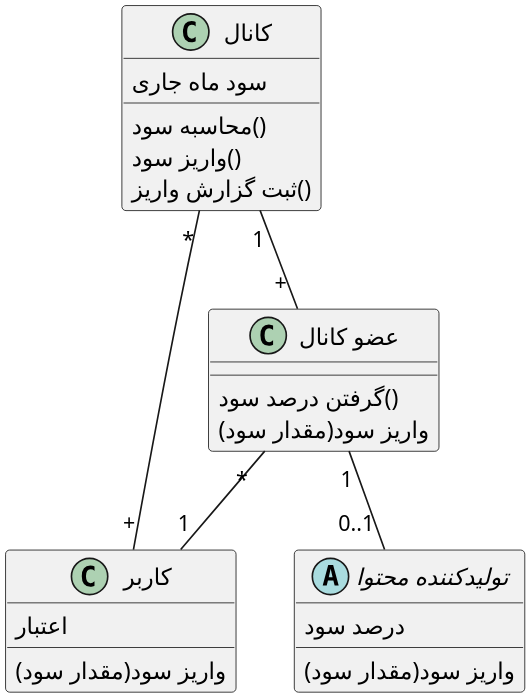
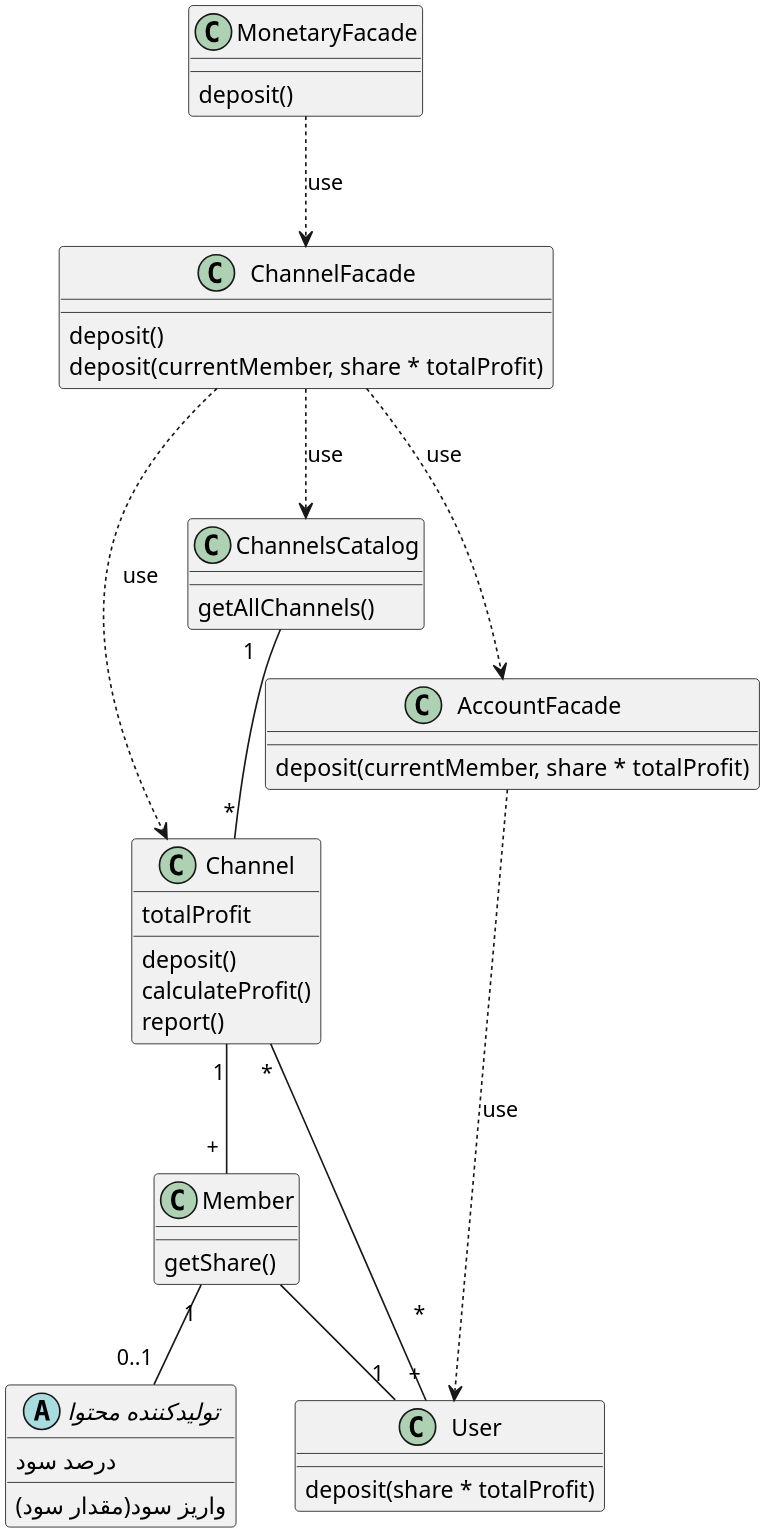
One commit to soleyman79/Qasedak changed the diagram in Diagrams/Design Class/DepositProfit.puml. Above: the diagram before and after it, drawn with PlantUML.

Commit message:
update Design class: DepositProfit

```diff
--- a/Diagrams/Design Class/DepositProfit.puml
+++ b/Diagrams/Design Class/DepositProfit.puml
@@ -1,35 +1,57 @@
 @startuml deposit_profit
 
 
 scale 3
 skinparam DefaultFontName B Nazanin
 skinparam ArrowMessageAlignment right
 
 abstract "تولیدکننده محتوا" as producer {
     درصد سود
     واریز سود(مقدار سود)
 }
 
-class "کانال" as chanel {
-    سود ماه جاری
-    محاسبه سود()
-    واریز سود()
-    ثبت گزارش واریز()
+class "Channel" as chanel {
+    totalProfit
+    deposit()
+    calculateProfit()
+    report()
+
 }
 
-class "کاربر" as user {
-    اعتبار
-    واریز سود(مقدار سود)
+class "User" as user {
+    deposit(share * totalProfit)
 }
 
-class "عضو کانال" as member {
-    گرفتن درصد سود()
-    واریز سود(مقدار سود)
+class "Member" as member {
+    getShare()
+}
+
+class MonetaryFacade {
+    deposit()
+}
+
+class ChannelFacade {
+    deposit()
+    deposit(currentMember, share * totalProfit)
+}
+
+class ChannelsCatalog {
+    getAllChannels()
+}
+
+class AccountFacade {
+    deposit(currentMember, share * totalProfit)
 }
 
 chanel "1" -- "             +" member
 member "1" -- "         0..1" producer
 chanel "        *" -- "+" user
 member "                    *" -- "1" user
+ChannelsCatalog "1" -- "*" chanel
+MonetaryFacade ..> ChannelFacade :use
+ChannelFacade ..> AccountFacade :use
+ChannelFacade ..> chanel :use
+ChannelFacade ..> ChannelsCatalog :use
+AccountFacade ..> user :use
 
 @enduml
```
